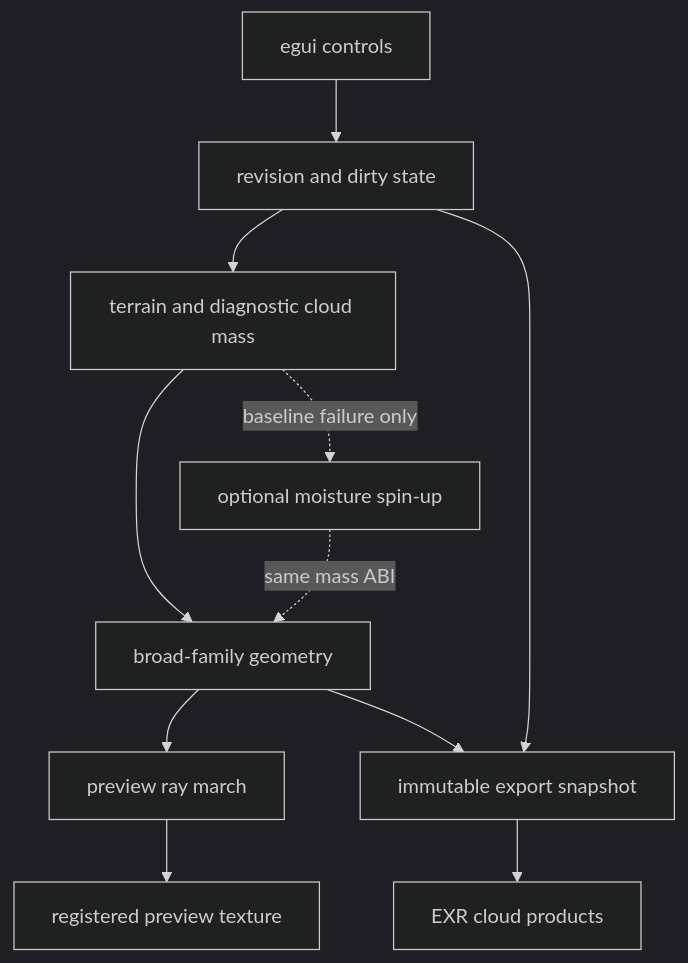
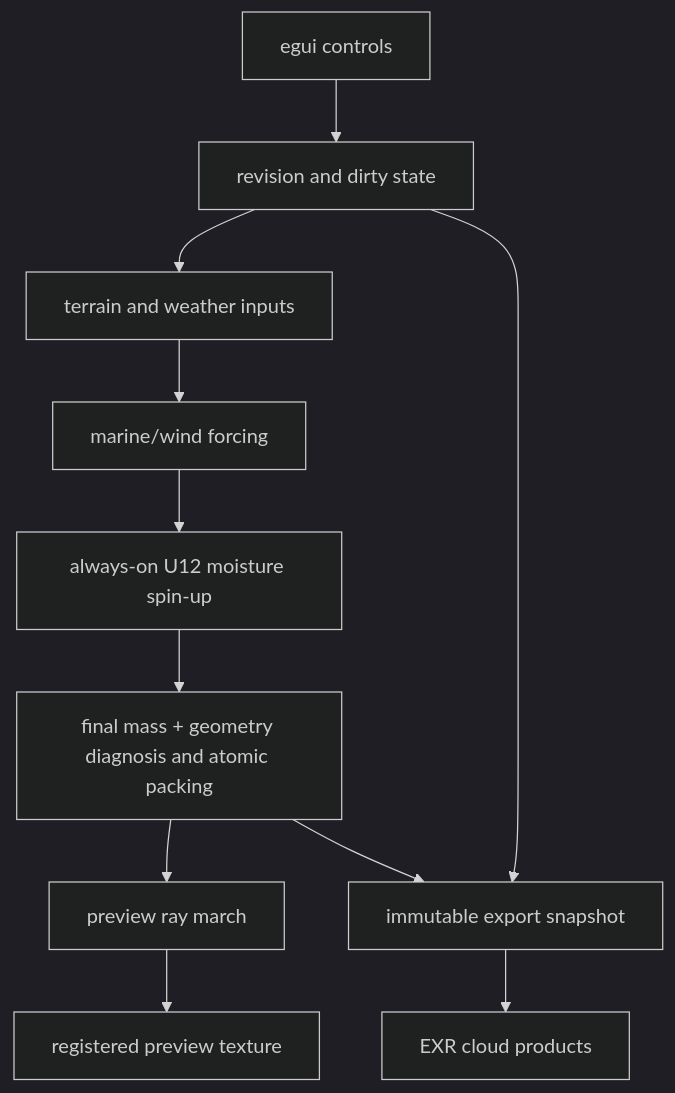
The third of 3 diagrams in docs/plans/2026-07-10-001-feat-shallow-volumetric-clouds-plan.md (ra100/planet-gen), drawn with Mermaid (dark theme) before and after one commit. The commit also changed other lines of this file and 2 other files, not shown here.

First line of the commit message:
📋 Plan marine and convective cloud improvements

````diff
--- a/docs/plans/2026-07-10-001-feat-shallow-volumetric-clouds-plan.md
+++ b/docs/plans/2026-07-10-001-feat-shallow-volumetric-clouds-plan.md
@@ -810,13 +937,13 @@
 ```mermaid
 flowchart TB
     UI[egui controls] --> App[revision and dirty state]
-    App --> Compute[terrain and diagnostic cloud mass]
-    Compute --> Diagnose[broad-family geometry]
-    Compute -. baseline failure only .-> Spin[optional moisture spin-up]
-    Spin -. same mass ABI .-> Diagnose
+    App --> Compute[terrain and weather inputs]
+    Compute --> Forcing[marine/wind forcing]
+    Forcing --> Spin[always-on U12 moisture spin-up]
+    Spin --> Diagnose[final mass + geometry diagnosis and atomic packing]
     Diagnose --> Render[preview ray march]
     Render --> Egui[registered preview texture]
     App --> Export[immutable export snapshot]
     Diagnose --> Export
     Export --> Files[EXR cloud products]
 ```
````
